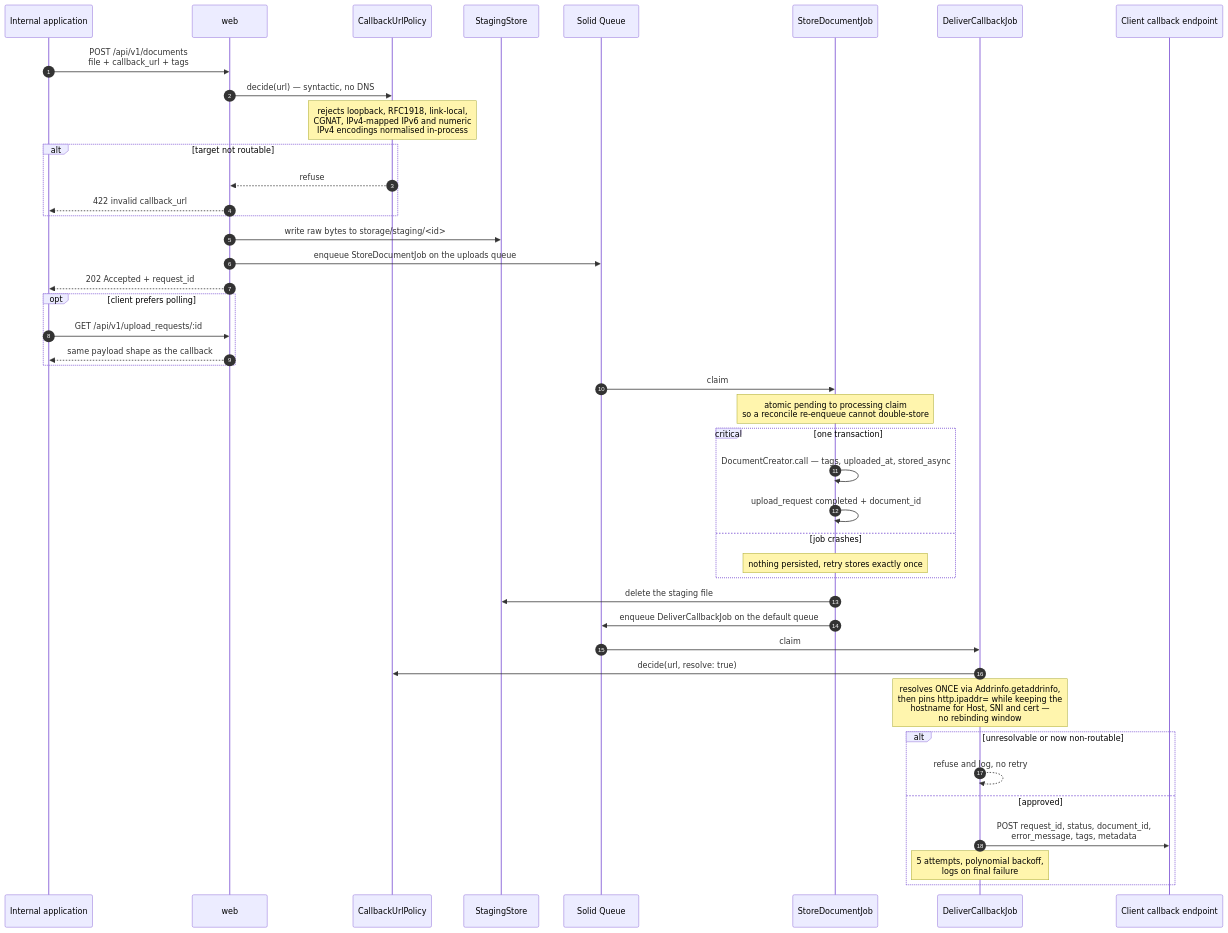
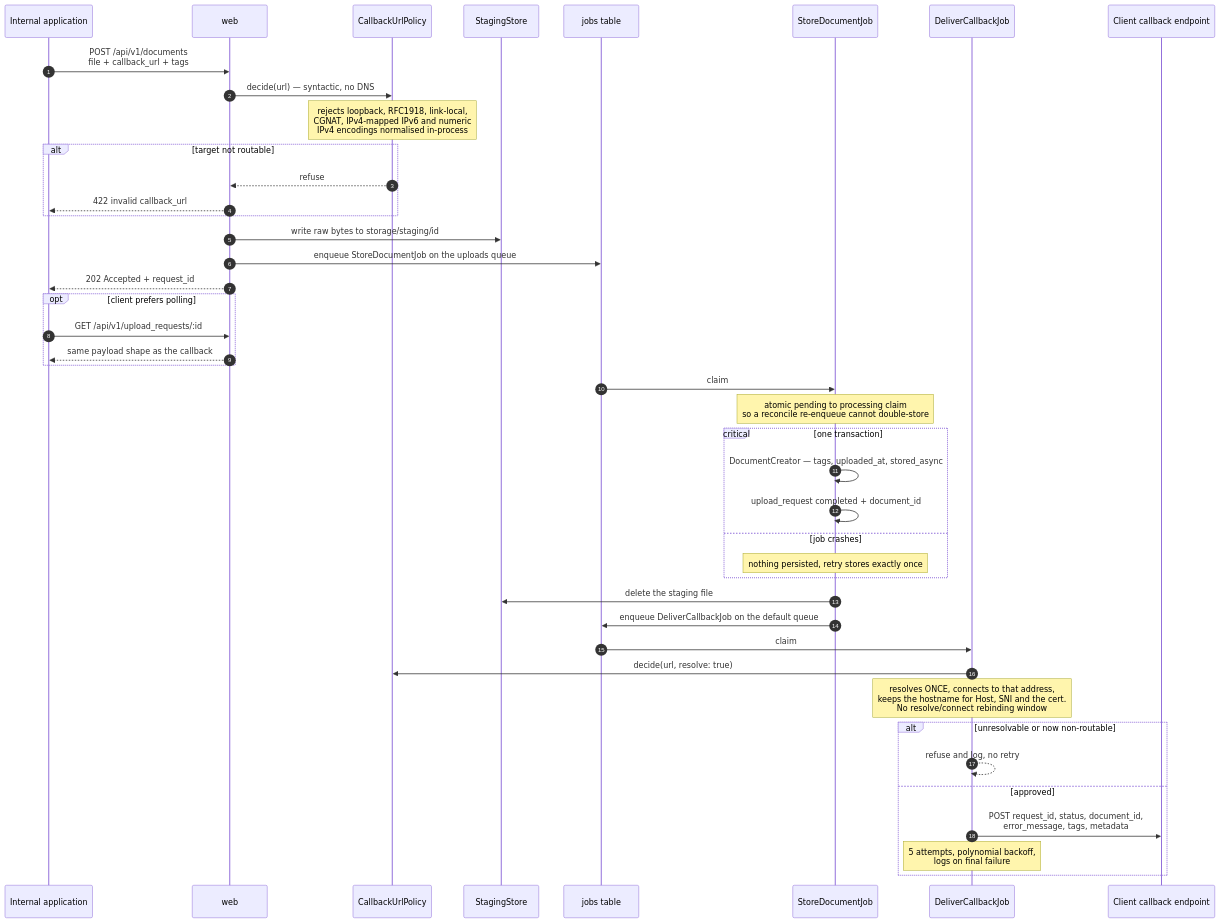
Before and after one commit to maximefourre/ged: the sixth of 7 diagrams in docs/architecture/c4.md, drawn with Mermaid. The commit also changed other lines of this file and 7 other files, not shown here.

````diff
--- a/docs/architecture/c4.md
+++ b/docs/architecture/c4.md
@@ -291,49 +292,49 @@
 ```mermaid
 sequenceDiagram
     autonumber
     participant C as Internal application
     participant W as web
     participant P as CallbackUrlPolicy
     participant S as StagingStore
-    participant Q as Solid Queue
+    participant Q as jobs table
     participant J as StoreDocumentJob
     participant D as DeliverCallbackJob
     participant CB as Client callback endpoint
 
     C->>W: POST /api/v1/documents<br/>file + callback_url + tags
     W->>P: decide(url) — syntactic, no DNS
     Note over P: rejects loopback, RFC1918, link-local,<br/>CGNAT, IPv4-mapped IPv6 and numeric<br/>IPv4 encodings normalised in-process
     alt target not routable
         P-->>W: refuse
         W-->>C: 422 invalid callback_url
     end
-    W->>S: write raw bytes to storage/staging/<id>
+    W->>S: write raw bytes to storage/staging/id
     W->>Q: enqueue StoreDocumentJob on the uploads queue
     W-->>C: 202 Accepted + request_id
 
     opt client prefers polling
         C->>W: GET /api/v1/upload_requests/:id
         W-->>C: same payload shape as the callback
     end
 
     Q->>J: claim
     Note over J: atomic pending to processing claim<br/>so a reconcile re-enqueue cannot double-store
     critical one transaction
-        J->>J: DocumentCreator.call — tags, uploaded_at, stored_async
+        J->>J: DocumentCreator — tags, uploaded_at, stored_async
         J->>J: upload_request completed + document_id
     option job crashes
         Note over J: nothing persisted, retry stores exactly once
     end
     J->>S: delete the staging file
     J->>Q: enqueue DeliverCallbackJob on the default queue
 
     Q->>D: claim
     D->>P: decide(url, resolve: true)
-    Note over D: resolves ONCE via Addrinfo.getaddrinfo,<br/>then pins http.ipaddr= while keeping the<br/>hostname for Host, SNI and cert —<br/>no rebinding window
+    Note over D: resolves ONCE, connects to that address,<br/>keeps the hostname for Host, SNI and the cert.<br/>No resolve/connect rebinding window
     alt unresolvable or now non-routable
         D-->>D: refuse and log, no retry
     else approved
         D->>CB: POST request_id, status, document_id,<br/>error_message, tags, metadata
         Note over D: 5 attempts, polynomial backoff,<br/>logs on final failure
     end
 ```
````
